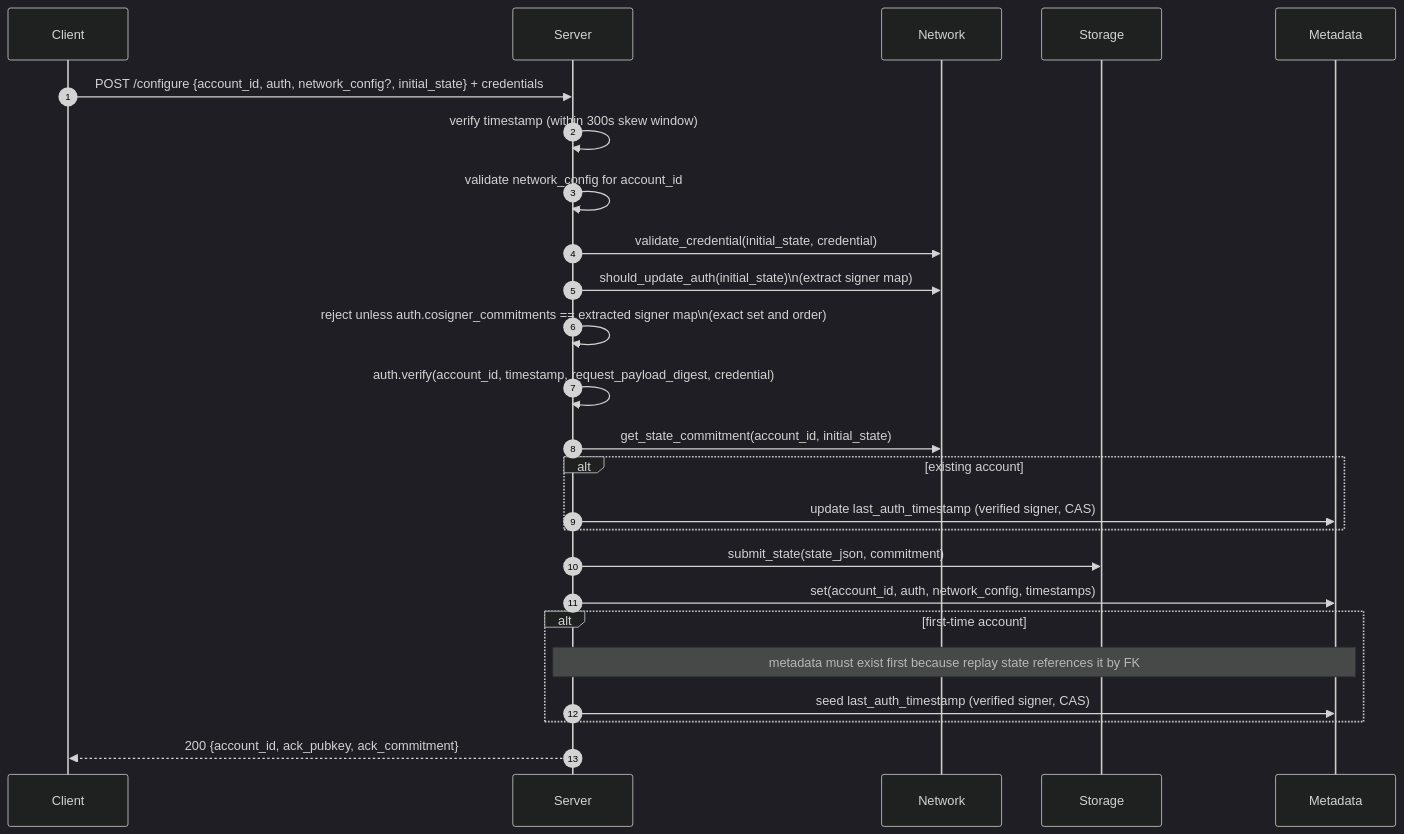
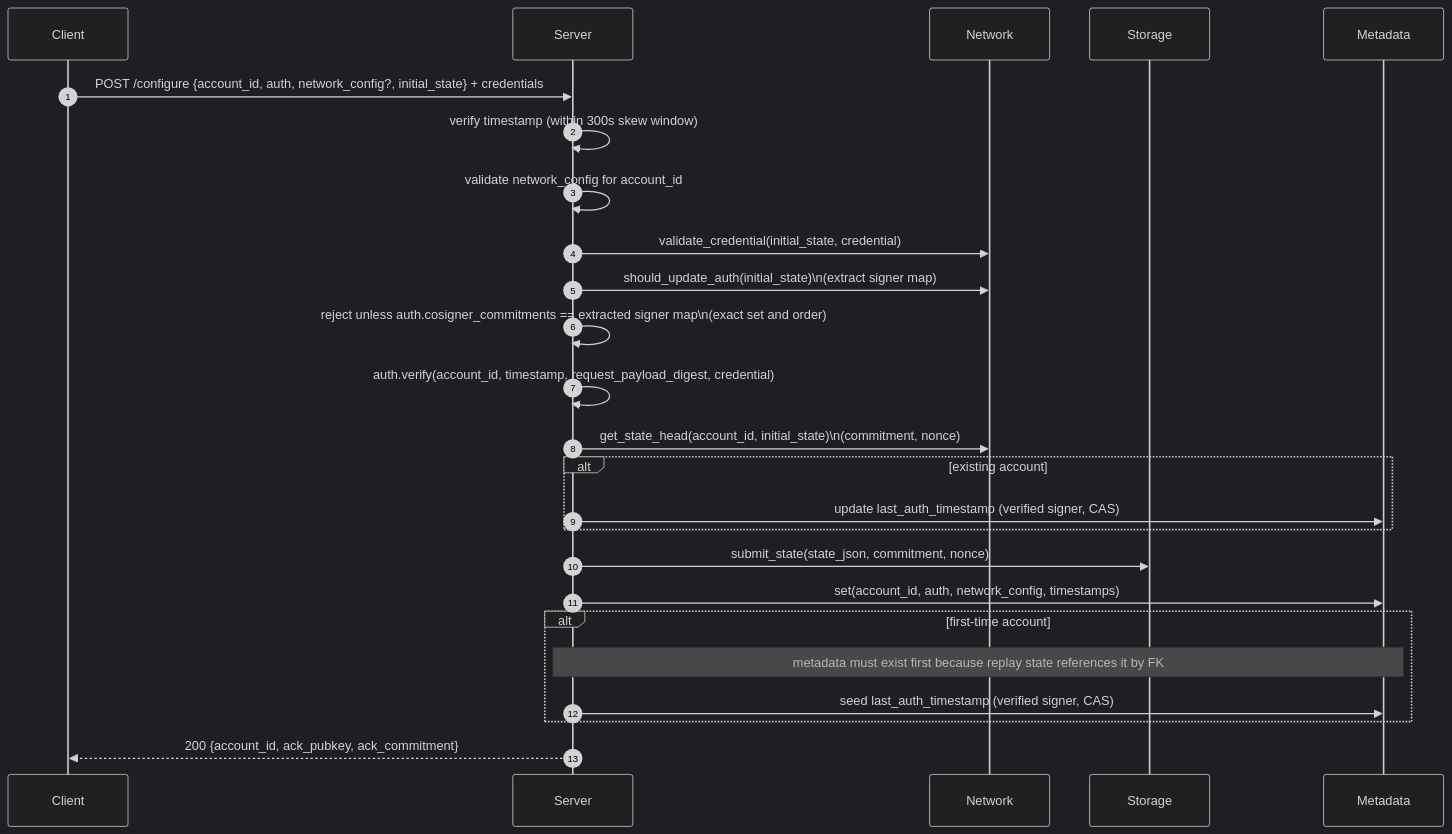
The first of 11 diagrams in spec/processes.md (OpenZeppelin/guardian), drawn with Mermaid (dark theme) before and after one commit. The commit also changed other lines of this file and 37 other files, not shown here.

````diff
--- a/spec/processes.md
+++ b/spec/processes.md
@@ -20,27 +20,27 @@
 ```mermaid
 sequenceDiagram
   autonumber
   participant C as Client
   participant S as Server
   participant N as Network
   participant ST as Storage
   participant M as Metadata
   C->>S: POST /configure {account_id, auth, network_config?, initial_state} + credentials
   S->>S: verify timestamp (within 300s skew window)
   S->>S: validate network_config for account_id
   S->>N: validate_credential(initial_state, credential)
   S->>N: should_update_auth(initial_state)\n(extract signer map)
   S->>S: reject unless auth.cosigner_commitments == extracted signer map\n(exact set and order)
   S->>S: auth.verify(account_id, timestamp, request_payload_digest, credential)
-  S->>N: get_state_commitment(account_id, initial_state)
+  S->>N: get_state_head(account_id, initial_state)\n(commitment, nonce)
   alt existing account
     S->>M: update last_auth_timestamp (verified signer, CAS)
   end
-  S->>ST: submit_state(state_json, commitment)
+  S->>ST: submit_state(state_json, commitment, nonce)
   S->>M: set(account_id, auth, network_config, timestamps)
   alt first-time account
     Note over S,M: metadata must exist first because replay state references it by FK
     S->>M: seed last_auth_timestamp (verified signer, CAS)
   end
   S-->>C: 200 {account_id, ack_pubkey, ack_commitment}
 ```
````
